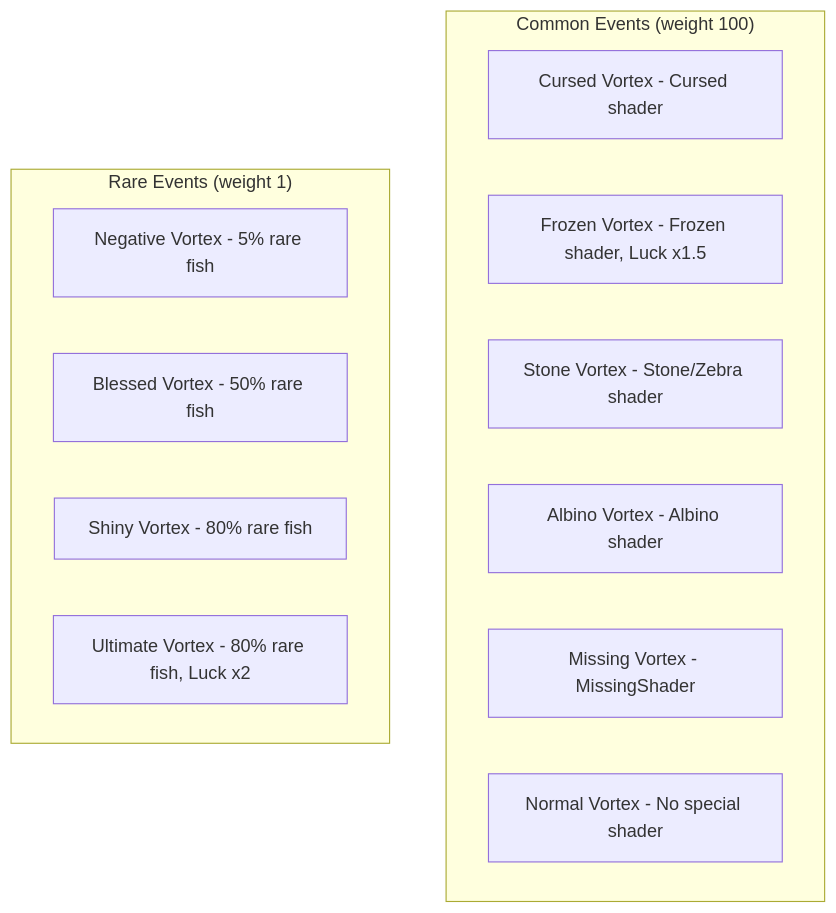
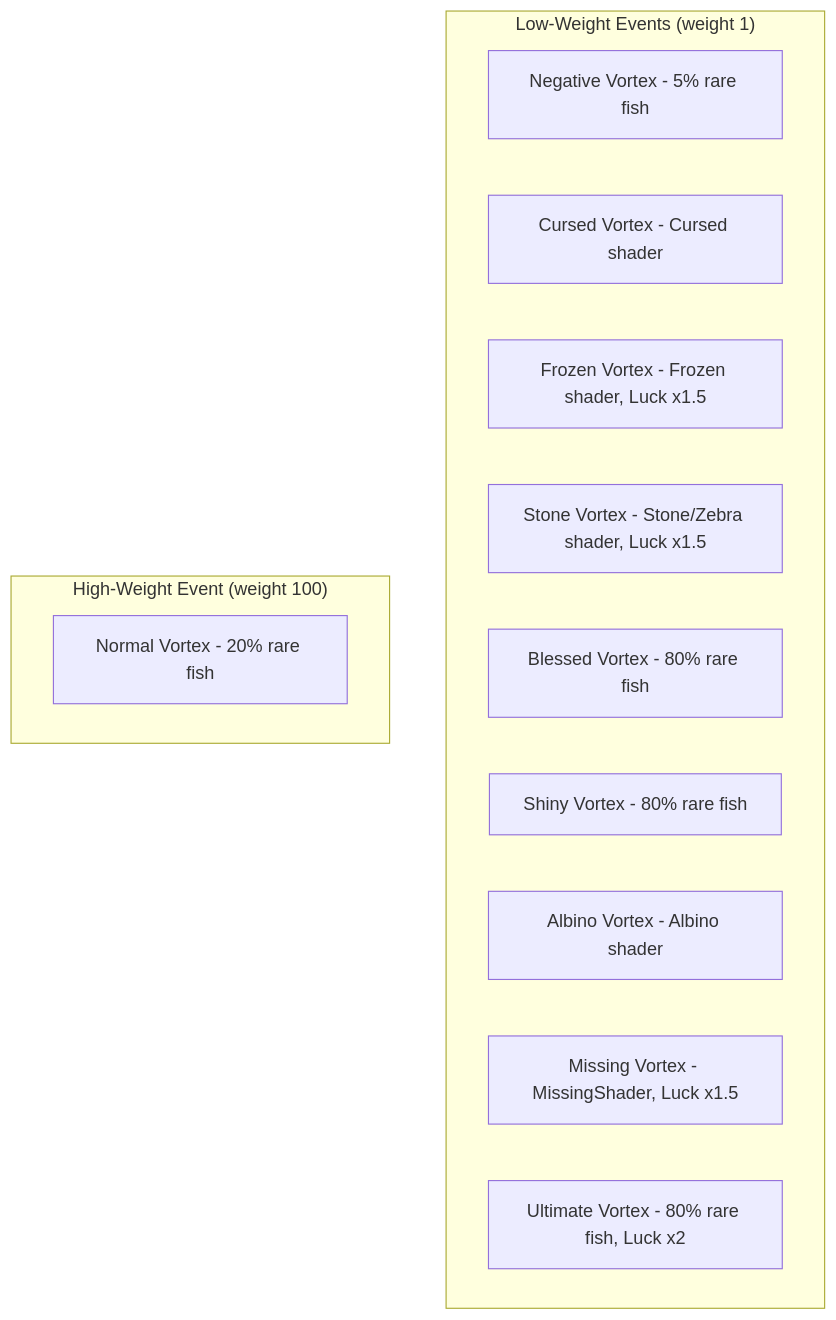
One commit to SeaLoong/Fish-Udon-Raw-Ilcode changed the tenth of 18 diagrams in docs/gamedata-en.md. Above: the diagram before and after it, drawn with Mermaid. The commit also changed other lines of this file and 31 other files, not shown here.

````diff
--- a/docs/gamedata-en.md
+++ b/docs/gamedata-en.md
@@ -780,17 +796,17 @@
 ```mermaid
 flowchart TD
-    subgraph CommonEvents["Common Events (weight 100)"]
+    subgraph LowWeight["Low-Weight Events (weight 1)"]
+        E0["Negative Vortex - 5% rare fish"]
         E1["Cursed Vortex - Cursed shader"]
         E2["Frozen Vortex - Frozen shader, Luck x1.5"]
-        E3["Stone Vortex - Stone/Zebra shader"]
-        E4["Albino Vortex - Albino shader"]
-        E5["Missing Vortex - MissingShader"]
-        E6["Normal Vortex - No special shader"]
+        E3["Stone Vortex - Stone/Zebra shader, Luck x1.5"]
+        E4["Blessed Vortex - 80% rare fish"]
+        E5["Shiny Vortex - 80% rare fish"]
+        E6["Albino Vortex - Albino shader"]
+        E7["Missing Vortex - MissingShader, Luck x1.5"]
+        E8["Ultimate Vortex - 80% rare fish, Luck x2"]
     end
-    subgraph RareEvents["Rare Events (weight 1)"]
-        E7["Negative Vortex - 5% rare fish"]
-        E8["Blessed Vortex - 50% rare fish"]
-        E9["Shiny Vortex - 80% rare fish"]
-        E10["Ultimate Vortex - 80% rare fish, Luck x2"]
+    subgraph HighWeight["High-Weight Event (weight 100)"]
+        E9["Normal Vortex - 20% rare fish"]
     end
 ```
````
